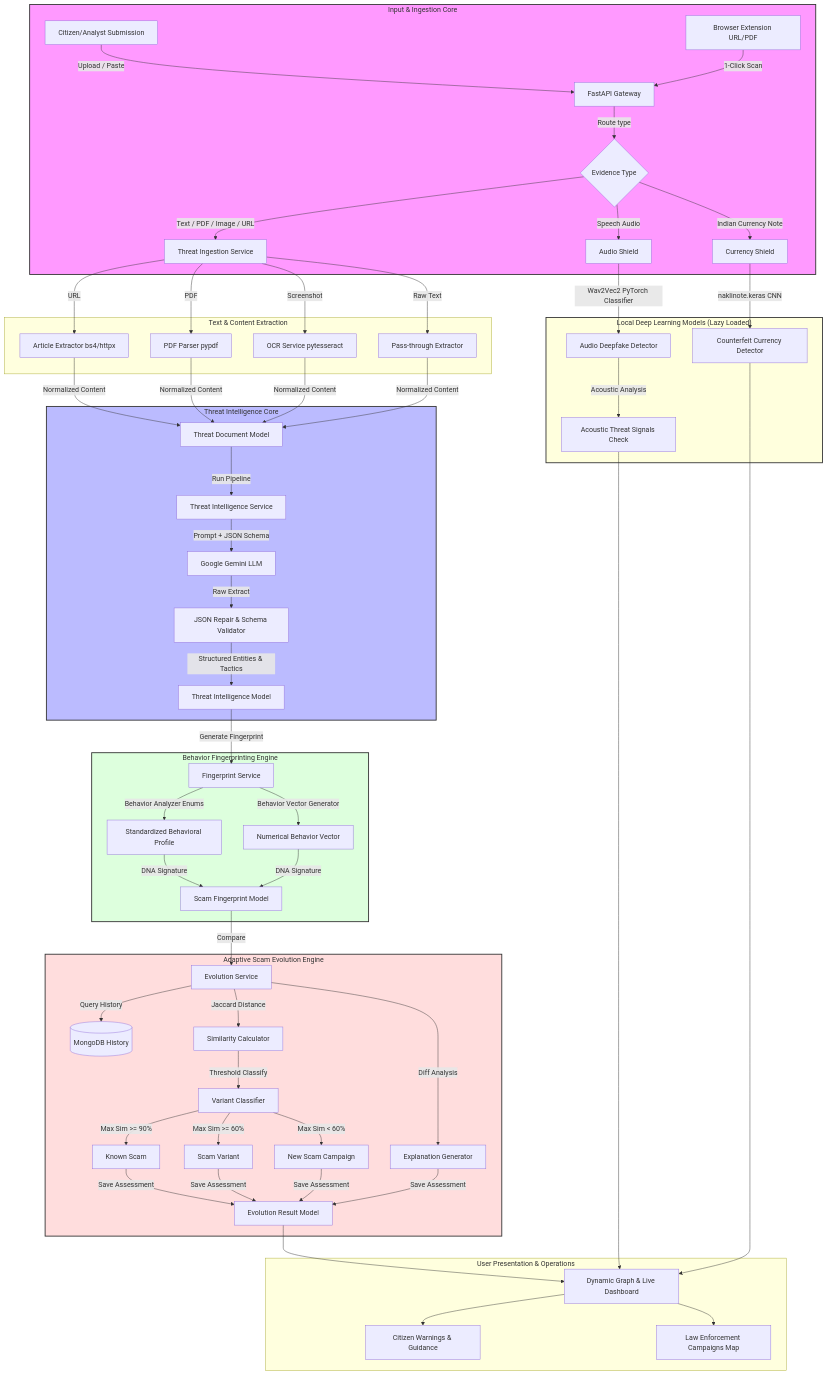
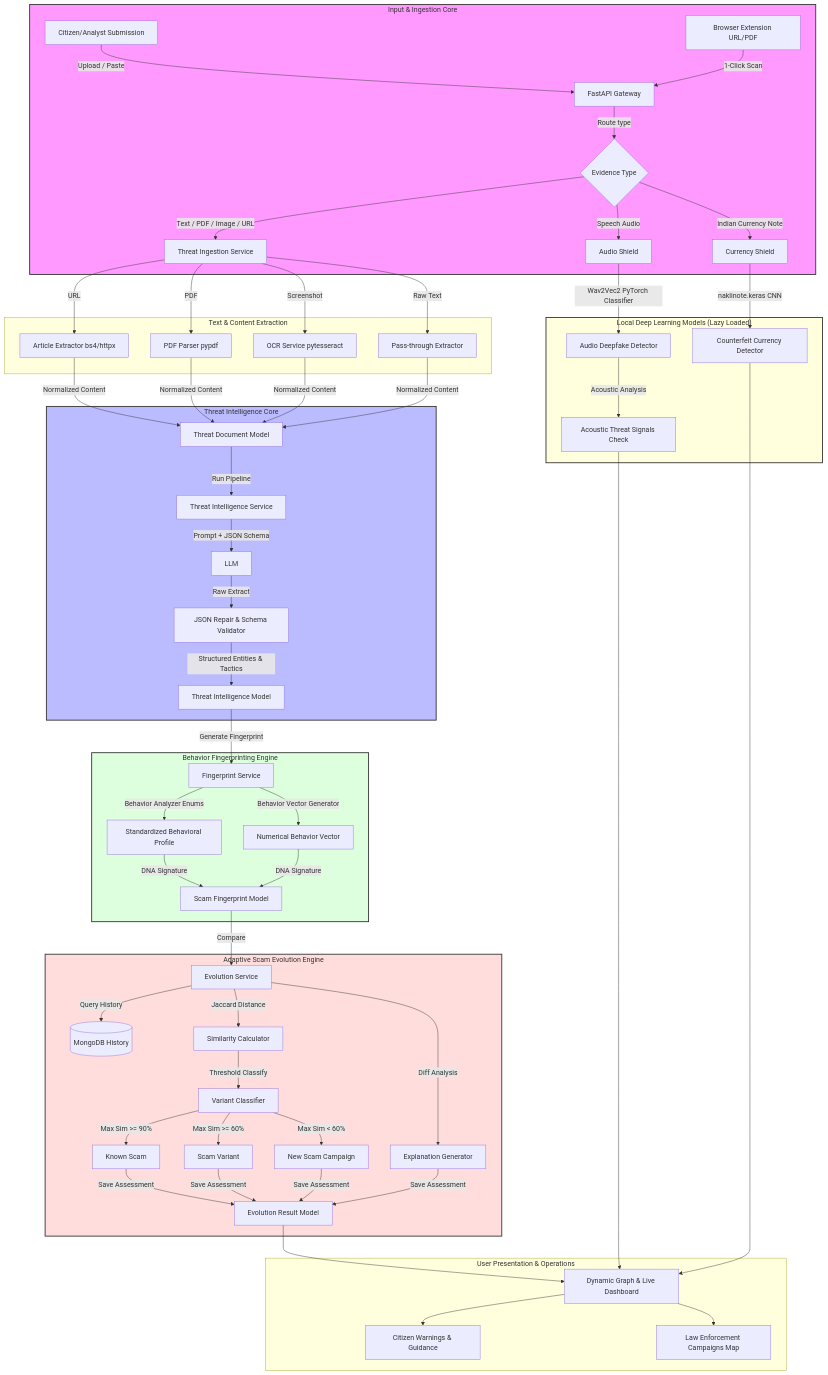
Before and after one commit to shravanbpatel954/ET: the diagram in README.md, drawn with Mermaid.

Commit message:
Update LLM reference in Threat Intelligence pipeline

````diff
--- a/README.md
+++ b/README.md
@@ -20,71 +20,71 @@
 ```mermaid
 graph TD
     %% Inputs
     subgraph Ingestion["Input & Ingestion Core"]
         A[Citizen/Analyst Submission] -->|Upload / Paste| B[FastAPI Gateway]
         EXT[Browser Extension URL/PDF] -->|1-Click Scan| B
         B -->|Route type| C{Evidence Type}
         C -->|Text / PDF / Image / URL| D[Threat Ingestion Service]
         C -->|Speech Audio| E[Audio Shield]
         C -->|Indian Currency Note| F[Currency Shield]
     end
 
     %% Parsers
     subgraph Extraction["Text & Content Extraction"]
         D -->|URL| G[Article Extractor bs4/httpx]
         D -->|PDF| H[PDF Parser pypdf]
         D -->|Screenshot| I[OCR Service pytesseract]
         D -->|Raw Text| J[Pass-through Extractor]
     end
 
     %% Pipelines
     subgraph Intelligence["Threat Intelligence Core"]
         G & H & I & J -->|Normalized Content| K[Threat Document Model]
         K -->|Run Pipeline| L[Threat Intelligence Service]
-        L -->|Prompt + JSON Schema| M[Google Gemini LLM]
+        L -->|Prompt + JSON Schema| M[ LLM]
         M -->|Raw Extract| N[JSON Repair & Schema Validator]
         N -->|Structured Entities & Tactics| O[Threat Intelligence Model]
     end
 
     subgraph Fingerprint["Behavior Fingerprinting Engine"]
         O -->|Generate Fingerprint| P[Fingerprint Service]
         P -->|Behavior Analyzer Enums| Q[Standardized Behavioral Profile]
         P -->|Behavior Vector Generator| R[Numerical Behavior Vector]
         Q & R -->|DNA Signature| S[Scam Fingerprint Model]
     end
 
     %% Evolution Classification
     subgraph Evolution["Adaptive Scam Evolution Engine"]
         S -->|Compare| T[Evolution Service]
         T -->|Query History| U[(MongoDB History)]
         T -->|Jaccard Distance| V[Similarity Calculator]
         V -->|Threshold Classify| W[Variant Classifier]
         W -->|Max Sim >= 90%| W1[Known Scam]
         W -->|Max Sim >= 60%| W2[Scam Variant]
         W -->|Max Sim < 60%| W3[New Scam Campaign]
         T -->|Diff Analysis| X[Explanation Generator]
         W1 & W2 & W3 & X -->|Save Assessment| Y[Evolution Result Model]
     end
 
     %% Deep Learning Models
     subgraph LocalML["Local Deep Learning Models (Lazy Loaded)"]
         E -->|Wav2Vec2 PyTorch Classifier| E1[Audio Deepfake Detector]
         E1 -->|Acoustic Analysis| E2[Acoustic Threat Signals Check]
         F -->| naklinote.keras CNN| F1[Counterfeit Currency Detector]
     end
 
     %% Output
     subgraph Display["User Presentation & Operations"]
         Y --> Z[Dynamic Graph & Live Dashboard]
         E2 --> Z
         F1 --> Z
         Z --> Z1[Citizen Warnings & Guidance]
         Z --> Z2[Law Enforcement Campaigns Map]
     end
     
     style Ingestion fill:#f9f,stroke:#333,stroke-width:2px
     style Intelligence fill:#bbf,stroke:#333,stroke-width:2px
     style Fingerprint fill:#dfd,stroke:#333,stroke-width:2px
     style Evolution fill:#fdd,stroke:#333,stroke-width:2px
     style LocalML fill:#ffd,stroke:#333,stroke-width:2px
 ```
````
